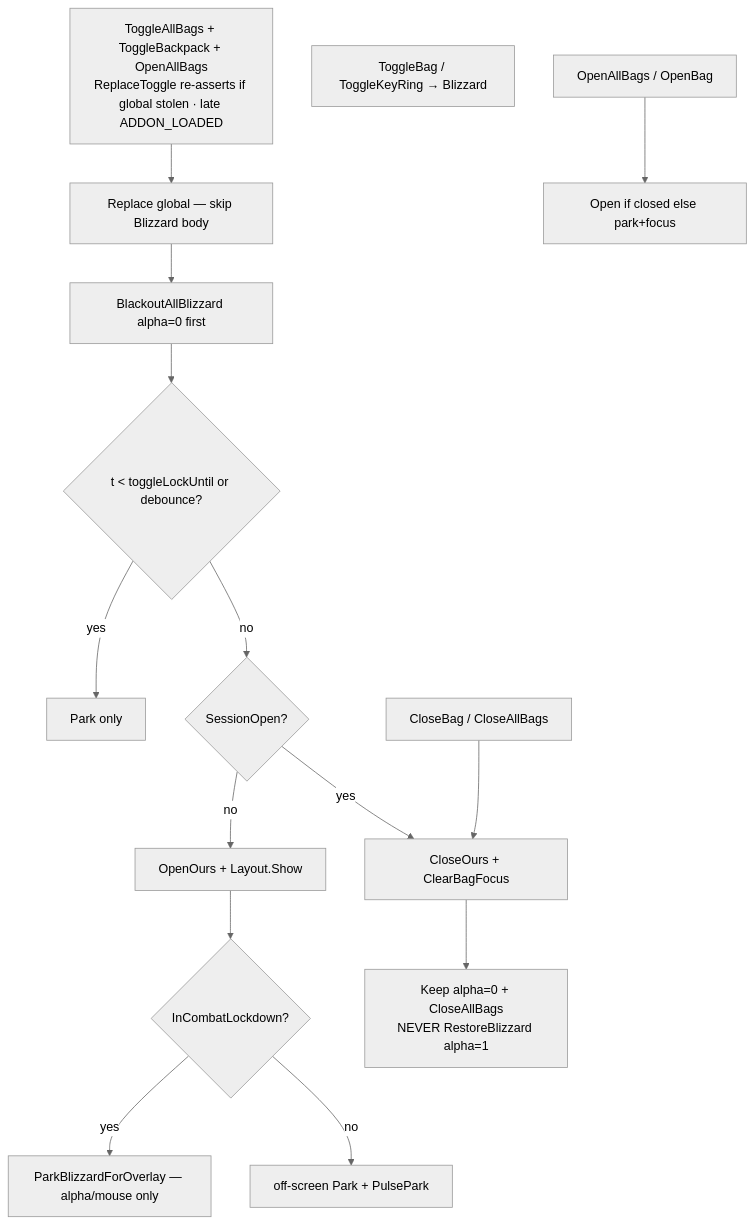
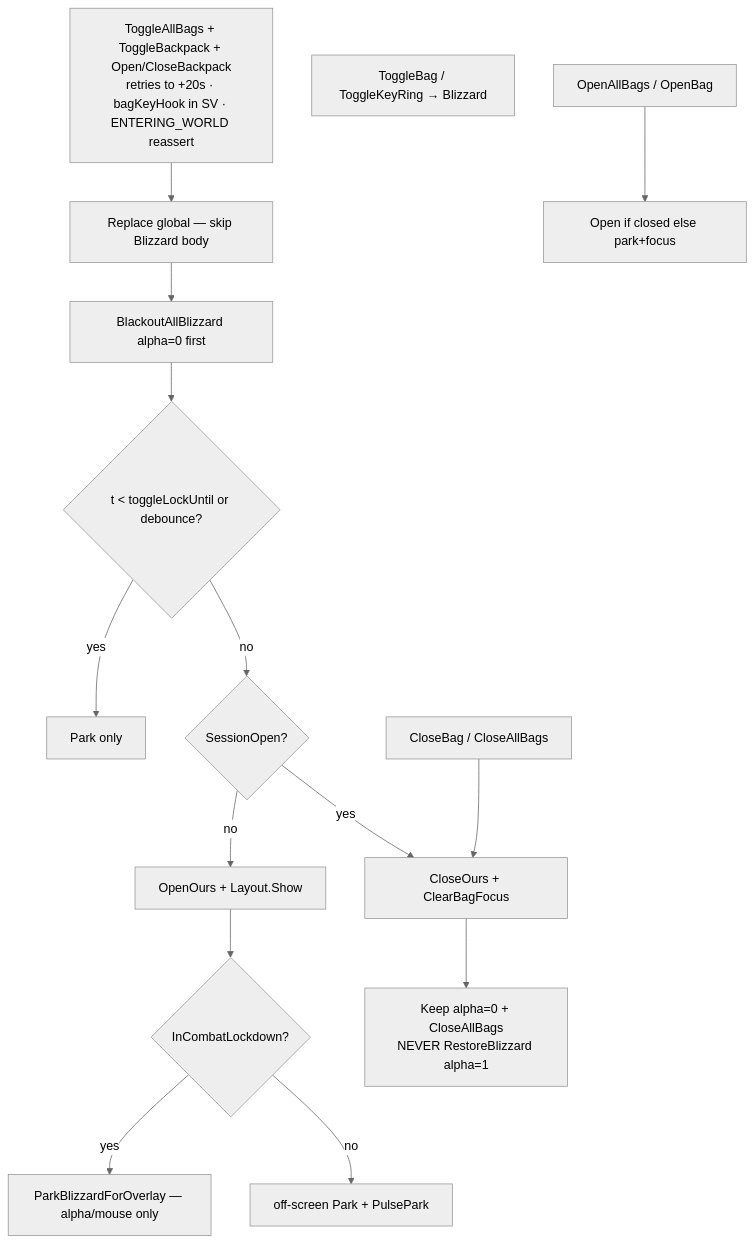
One commit to sirTurbisCZ/wow-forever-addons changed the first of 6 diagrams in addons/BetterBackpack/Docs/loops.md. Above: the diagram before and after it, drawn with Mermaid (neutral theme). The commit also changed 5 other files, not shown here.

First line of the commit message:
fix(BetterBackpack): B via OpenBackpack + hook retries + bagKeyHook SV (1.0.13)

````diff
--- a/addons/BetterBackpack/Docs/loops.md
+++ b/addons/BetterBackpack/Docs/loops.md
@@ -11,18 +11,18 @@
 ```mermaid
 flowchart TD
-  B[ToggleAllBags + ToggleBackpack + OpenAllBags<br/>ReplaceToggle re-asserts if global stolen · late ADDON_LOADED]
+  B[ToggleAllBags + ToggleBackpack + Open/CloseBackpack<br/>retries to +20s · bagKeyHook in SV · ENTERING_WORLD reassert]
   Bar[ToggleBag / ToggleKeyRing → Blizzard]
   B --> Rep[Replace global — skip Blizzard body]
   Rep --> Black[BlackoutAllBlizzard alpha=0 first]
   Black --> Lock{t < toggleLockUntil or debounce?}
   Lock -->|yes| Pulse[Park only]
   Lock -->|no| Vis{SessionOpen?}
   Vis -->|no| Open[OpenOurs + Layout.Show]
   Open --> ParkMode{InCombatLockdown?}
   ParkMode -->|yes| AlphaOnly[ParkBlizzardForOverlay — alpha/mouse only]
   ParkMode -->|no| OffPark[off-screen Park + PulsePark]
   Vis -->|yes| Close[CloseOurs + ClearBagFocus]
   Close --> Keep0[Keep alpha=0 + CloseAllBags<br/>NEVER RestoreBlizzard alpha=1]
   OpenOnly[OpenAllBags / OpenBag] --> OpenOrPark[Open if closed else park+focus]
   CloseAPI[CloseBag / CloseAllBags] --> Close
 ```
````
